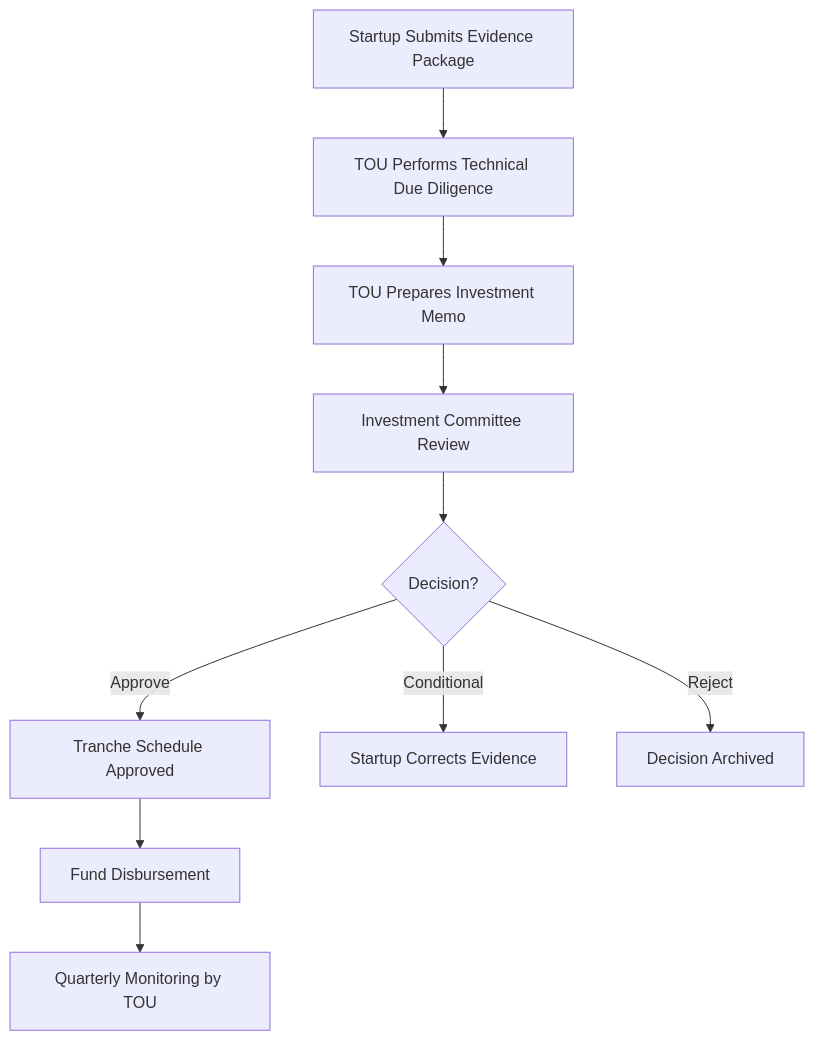
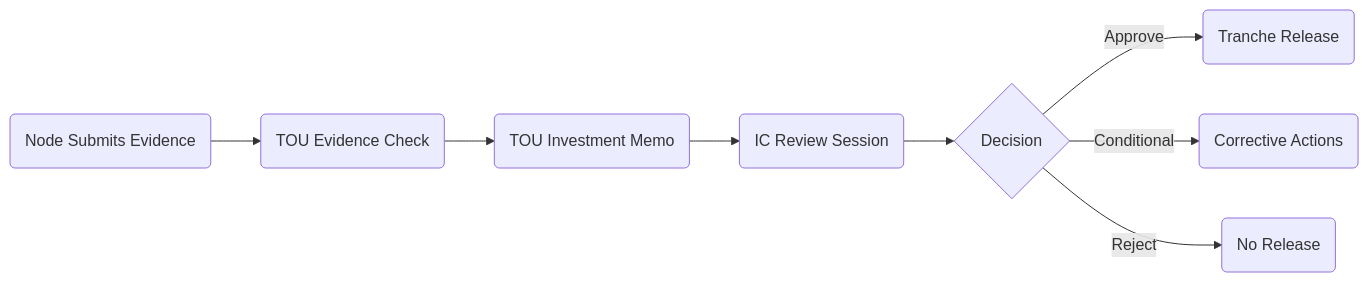
Before and after one commit to doulabglobal/vigia-incubanet-framework: the second of 2 diagrams in vif/annexes/annex-03-investment-committee-framework.md, drawn with Mermaid. The commit also changed other lines of this file and 24 other files, not shown here.

````diff
--- a/vif/annexes/annex-03-investment-committee-framework.md
+++ b/vif/annexes/annex-03-investment-committee-framework.md
@@ -124,12 +168,10 @@
 ```mermaid
-flowchart TD
-    A[Startup Submits Evidence Package] --> B[TOU Performs Technical Due Diligence]
-    B --> C[TOU Prepares Investment Memo]
-    C --> D[Investment Committee Review]
-    D --> E{Decision?}
-    E -->|Approve| F[Tranche Schedule Approved]
-    E -->|Conditional| G[Startup Corrects Evidence]
-    E -->|Reject| H[Decision Archived]
-    F --> I[Fund Disbursement]
-    I --> J[Quarterly Monitoring by TOU]
+flowchart LR
+    A(Node Submits Evidence) --> B(TOU Evidence Check)
+    B --> C(TOU Investment Memo)
+    C --> D(IC Review Session)
+    D --> E{Decision}
+    E -->|Approve| F(Tranche Release)
+    E -->|Conditional| G(Corrective Actions)
+    E -->|Reject| H(No Release)
 ```
````
